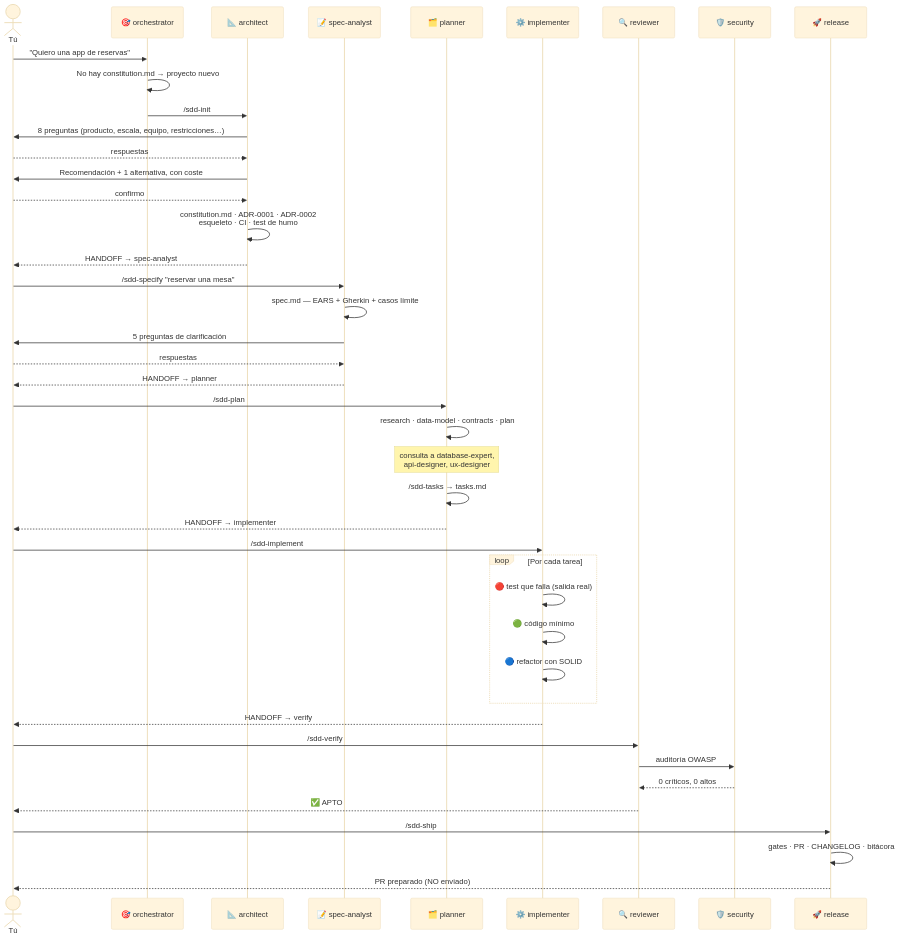
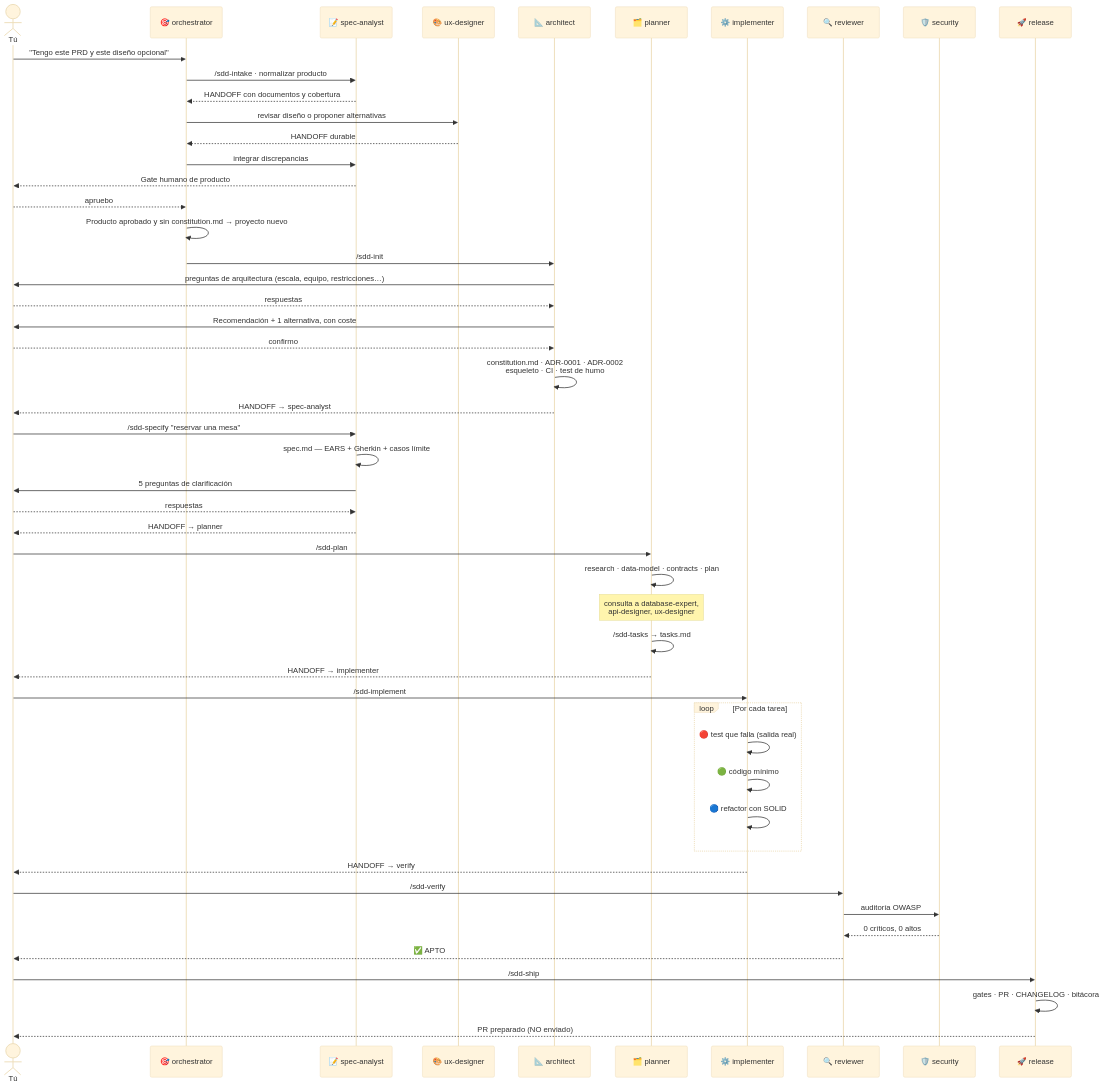
The second of 4 diagrams in README.md (jechamo/Estructura_inicial_claude), drawn with Mermaid (base theme) before and after one commit. The commit also changed other lines of this file and 73 other files, not shown here.

````diff
--- a/README.md
+++ b/README.md
@@ -108,52 +121,60 @@
 ```mermaid
 sequenceDiagram
     actor U as Tú
     participant O as 🎯 orchestrator
+    participant S as 📝 spec-analyst
+    participant UX as 🎨 ux-designer
     participant A as 📐 architect
-    participant S as 📝 spec-analyst
     participant P as 🗂️ planner
     participant I as ⚙️ implementer
     participant R as 🔍 reviewer
     participant Sec as 🛡️ security
     participant RM as 🚀 release
 
-    U->>O: "Quiero una app de reservas"
-    O->>O: No hay constitution.md → proyecto nuevo
+    U->>O: "Tengo este PRD y este diseño opcional"
+    O->>S: /sdd-intake · normalizar producto
+    S-->>O: HANDOFF con documentos y cobertura
+    O->>UX: revisar diseño o proponer alternativas
+    UX-->>O: HANDOFF durable
+    O->>S: integrar discrepancias
+    S-->>U: Gate humano de producto
+    U-->>O: apruebo
+    O->>O: Producto aprobado y sin constitution.md → proyecto nuevo
     O->>A: /sdd-init
 
-    A->>U: 8 preguntas (producto, escala, equipo, restricciones…)
+    A->>U: preguntas de arquitectura (escala, equipo, restricciones…)
     U-->>A: respuestas
     A->>U: Recomendación + 1 alternativa, con coste
     U-->>A: confirmo
     A->>A: constitution.md · ADR-0001 · ADR-0002<br/>esqueleto · CI · test de humo
     A-->>U: HANDOFF → spec-analyst
 
     U->>S: /sdd-specify "reservar una mesa"
     S->>S: spec.md — EARS + Gherkin + casos límite
     S->>U: 5 preguntas de clarificación
     U-->>S: respuestas
     S-->>U: HANDOFF → planner
 
     U->>P: /sdd-plan
     P->>P: research · data-model · contracts · plan
     Note over P: consulta a database-expert,<br/>api-designer, ux-designer
     P->>P: /sdd-tasks → tasks.md
     P-->>U: HANDOFF → implementer
 
     U->>I: /sdd-implement
     loop Por cada tarea
         I->>I: 🔴 test que falla (salida real)
         I->>I: 🟢 código mínimo
         I->>I: 🔵 refactor con SOLID
     end
     I-->>U: HANDOFF → verify
 
     U->>R: /sdd-verify
     R->>Sec: auditoría OWASP
     Sec-->>R: 0 críticos, 0 altos
     R-->>U: ✅ APTO
 
     U->>RM: /sdd-ship
     RM->>RM: gates · PR · CHANGELOG · bitácora
     RM-->>U: PR preparado (NO enviado)
 ```
````
